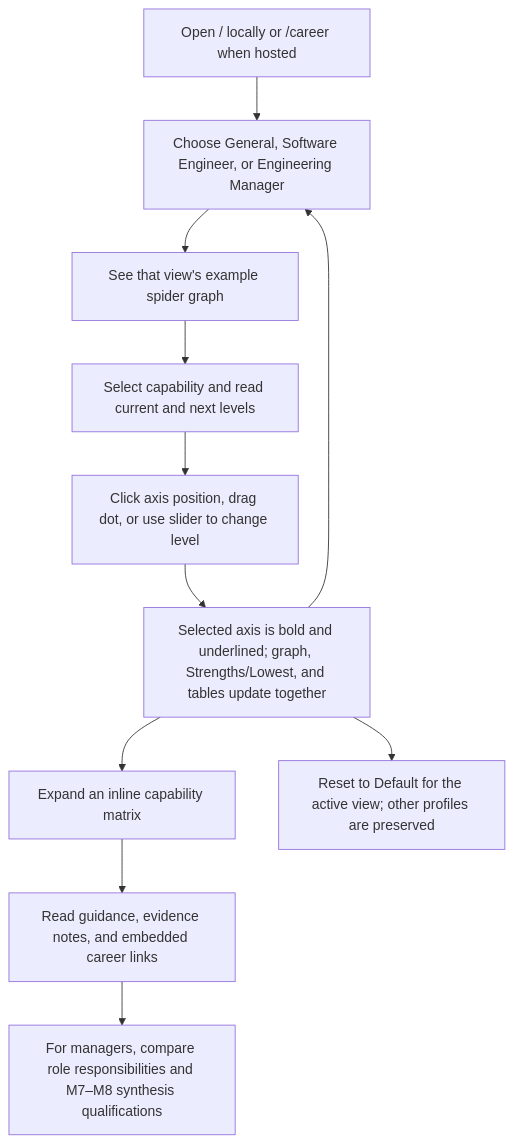
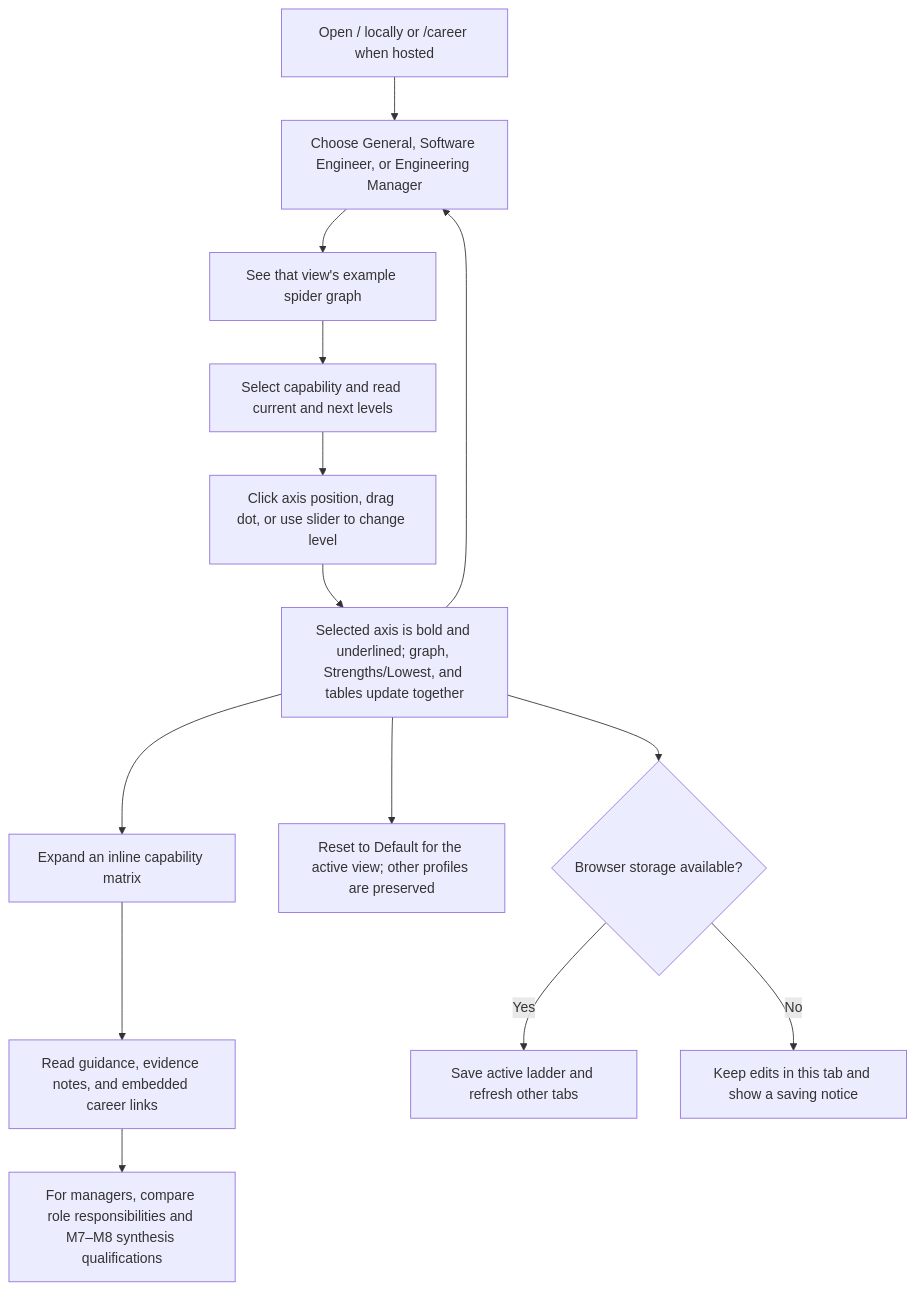
The second of 2 diagrams in architecture.md (johnpfeiffer/career), drawn with Mermaid before and after one commit. The commit also changed other lines of this file and 8 other files, not shown here.

Commit message:
Prevent profile edits from overwriting other ladders

````diff
--- a/architecture.md
+++ b/architecture.md
@@ -37,13 +40,16 @@
 ```mermaid
 flowchart TD
     A["Open / locally or /career when hosted"] --> B["Choose General, Software Engineer, or Engineering Manager"]
     B --> C["See that view's example spider graph"]
     C --> D["Select capability and read current and next levels"]
     D --> E["Click axis position, drag dot, or use slider to change level"]
     E --> F["Selected axis is bold and underlined; graph, Strengths/Lowest, and tables update together"]
     F --> G["Expand an inline capability matrix"]
     G --> I["Read guidance, evidence notes, and embedded career links"]
     I --> J["For managers, compare role responsibilities and M7–M8 synthesis qualifications"]
     F --> H["Reset to Default for the active view; other profiles are preserved"]
+    F --> S{"Browser storage available?"}
+    S -->|"Yes"| T["Save active ladder and refresh other tabs"]
+    S -->|"No"| U["Keep edits in this tab and show a saving notice"]
     F --> B
 ```
````
